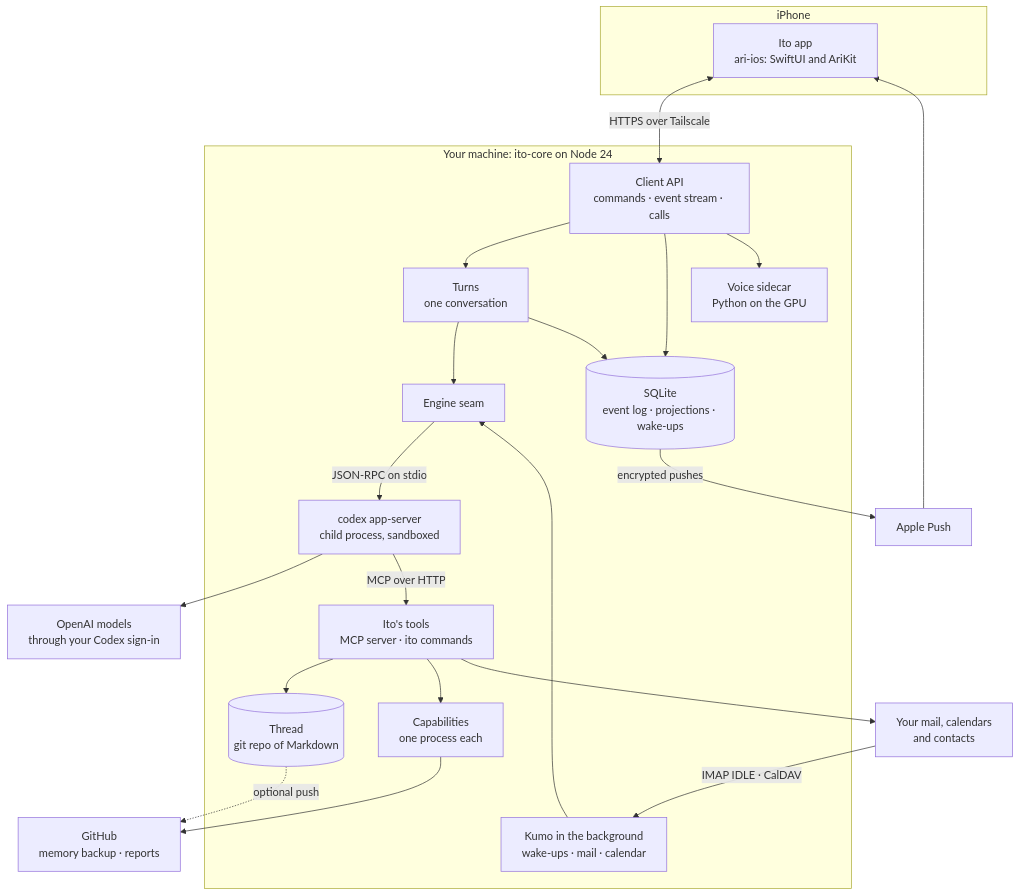
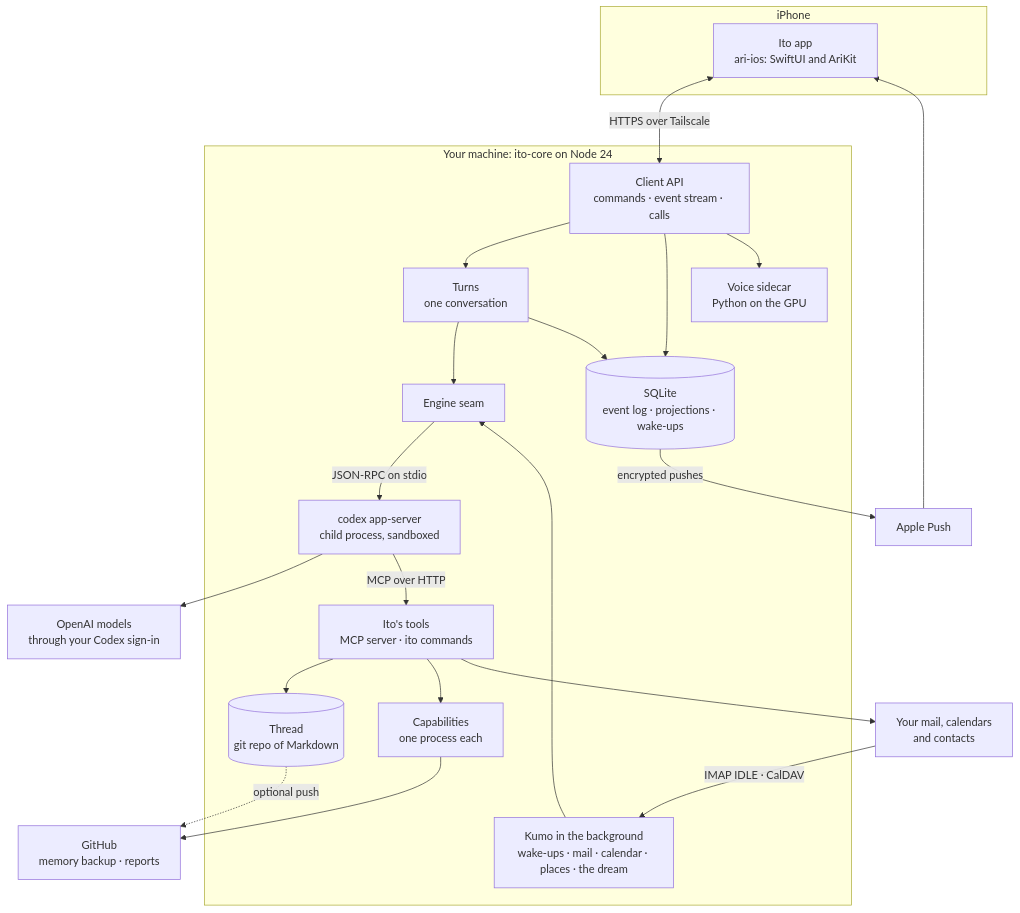
Before and after one commit to akai-ito/ito-core: the diagram in README.md, drawn with Mermaid. The commit also changed other lines of this file and 10 other files, not shown here.

````diff
--- a/README.md
+++ b/README.md
@@ -114,38 +141,38 @@
 ```mermaid
 flowchart TB
   subgraph phone["iPhone"]
     app["Ito app<br/>ari-ios: SwiftUI and AriKit"]
   end
   subgraph box["Your machine: ito-core on Node 24"]
     api["Client API<br/>commands · event stream · calls"]
     turns["Turns<br/>one conversation"]
     store[("SQLite<br/>event log · projections · wake-ups")]
-    kumo["Kumo in the background<br/>wake-ups · mail · calendar"]
+    kumo["Kumo in the background<br/>wake-ups · mail · calendar · places · the dream"]
     engine["Engine seam"]
     codex["codex app-server<br/>child process, sandboxed"]
     tools["Ito's tools<br/>MCP server · ito commands"]
     thread[("Thread<br/>git repo of Markdown")]
     caps["Capabilities<br/>one process each"]
     voice["Voice sidecar<br/>Python on the GPU"]
   end
   models["OpenAI models<br/>through your Codex sign-in"]
   accounts["Your mail, calendars<br/>and contacts"]
   apns["Apple Push"]
   github["GitHub<br/>memory backup · reports"]
 
   app <-->|"HTTPS over Tailscale"| api
   api --> turns --> engine
   api --> store
   turns --> store
   kumo --> engine
   engine -->|"JSON-RPC on stdio"| codex --> models
   codex -->|"MCP over HTTP"| tools
   tools --> thread
   tools --> caps
   tools --> accounts
   accounts -->|"IMAP IDLE · CalDAV"| kumo
   api --> voice
   store -->|"encrypted pushes"| apns --> app
   thread -.->|"optional push"| github
   caps --> github
 ```
````
